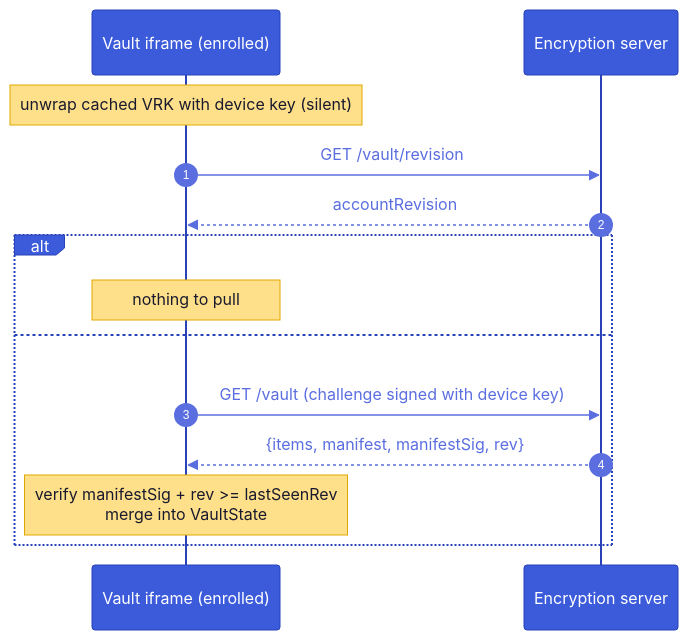
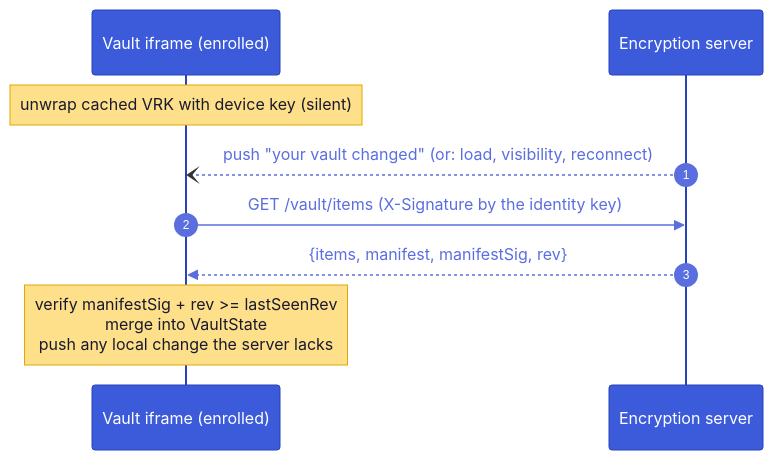
Diagram 13 of 24 in architecture.md (suitenumerique/encryption), drawn with Mermaid before and after one commit. The commit also changed other lines of this file and 24 other files, not shown here.

Commit message:
fix(crypto): encrypt with xchacha20-poly1305 aead instead of xsalsa20 secretbox as documented + harden vault integrity checks & chore(docs): rework the architecture document

````diff
--- a/architecture.md
+++ b/architecture.md
@@ -415,17 +1107,12 @@
 ```mermaid
-%%{init: {'theme':'base','themeVariables':{'actorBkg':'#3b5bdb','actorTextColor':'#fff','actorBorder':'#2942b8','signalColor':'#5b6ee0','signalTextColor':'#5b6ee0','noteBkgColor':'#ffe08a','noteTextColor':'#1a1a2e','noteBorderColor':'#e0a800','sequenceNumberColor':'#fff'}}}%%
+%%{init: {'theme':'base','look':'classic','themeVariables':{'actorBkg':'#3b5bdb','actorTextColor':'#fff','actorBorder':'#2942b8','signalColor':'#5b6ee0','signalTextColor':'#5b6ee0','noteBkgColor':'#ffe08a','noteTextColor':'#1a1a2e','noteBorderColor':'#e0a800','sequenceNumberColor':'#fff'}}}%%
 sequenceDiagram
   autonumber
   participant V as Vault iframe (enrolled)
   participant API as Encryption server
   Note over V: unwrap cached VRK with device key (silent)
-  V->>API: GET /vault/revision
-  API-->>V: accountRevision
-  alt unchanged
-    Note over V: nothing to pull
-  else newer on server
-    V->>API: GET /vault (challenge signed with device key)
-    API-->>V: {items, manifest, manifestSig, rev}
-    Note over V: verify manifestSig + rev >= lastSeenRev<br/>merge into VaultState
-  end
+  API--)V: push "your vault changed" (or: load, visibility, reconnect)
+  V->>API: GET /vault/items (X-Signature by the identity key)
+  API-->>V: {items, manifest, manifestSig, rev}
+  Note over V: verify manifestSig + rev >= lastSeenRev<br/>merge into VaultState<br/>push any local change the server lacks
 ```
````
